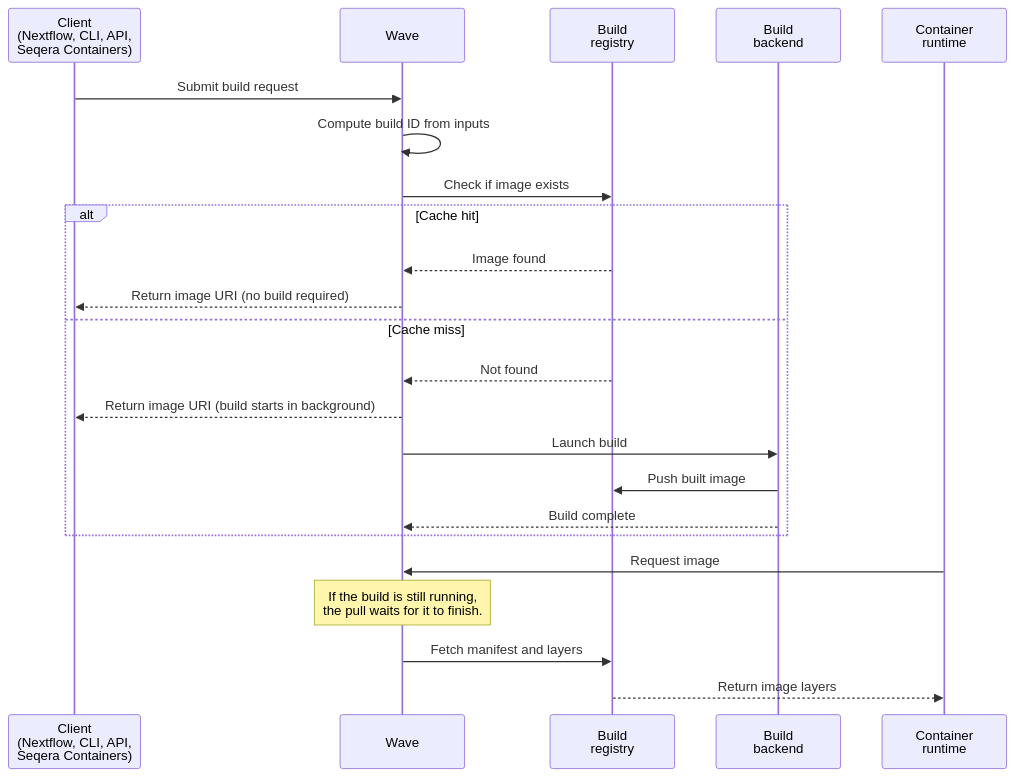
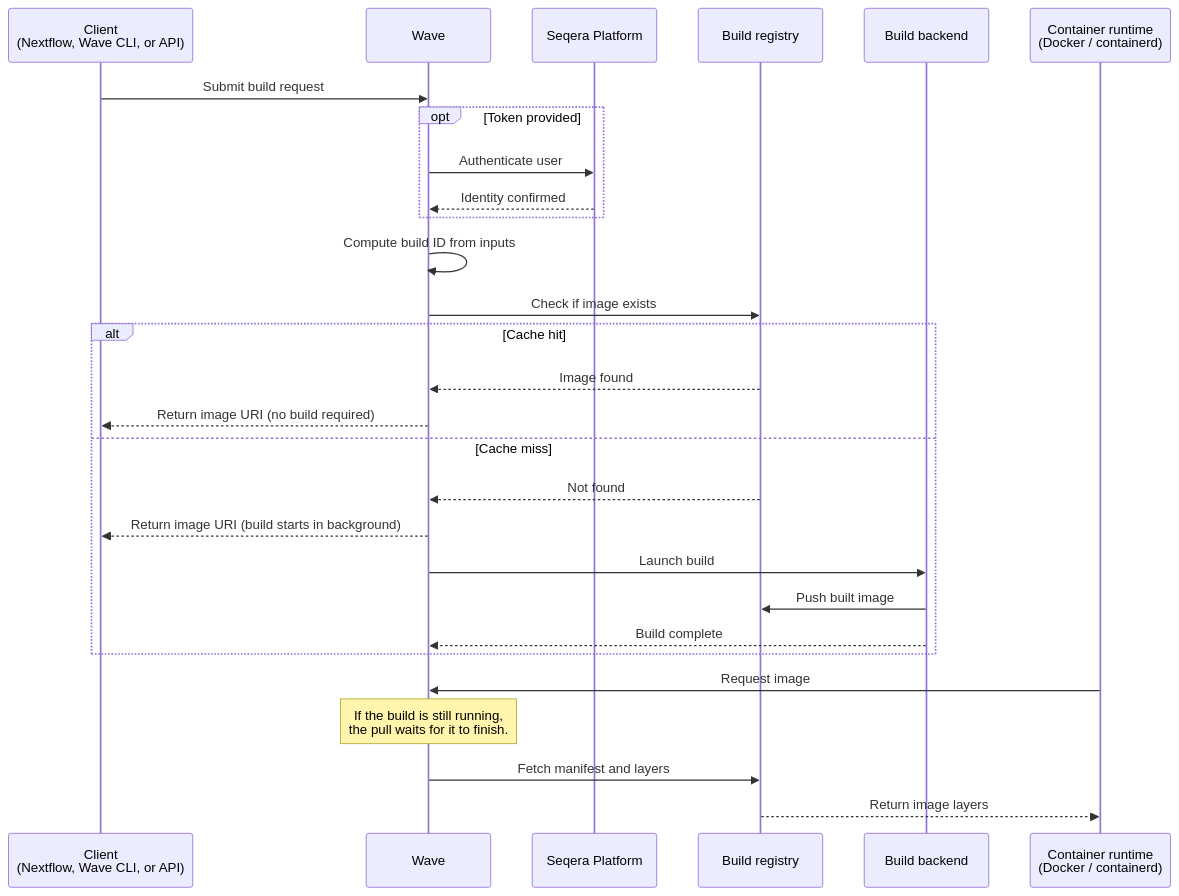
One commit to seqeralabs/wave changed the diagram in docs/features/container-builds.mdx. Above: the diagram before and after it, drawn with Mermaid. The commit also changed other lines of this file and 13 other files, not shown here.

````diff
--- a/docs/features/container-builds.mdx
+++ b/docs/features/container-builds.mdx
@@ -29,28 +30,33 @@
 ```mermaid
 sequenceDiagram
-    participant Client as Client<br/>(Nextflow, CLI, API,<br/>Seqera Containers)
+    participant Client as Client<br/>(Nextflow, Wave CLI, or API)
     participant Wave
-    participant Registry as Build<br/>registry
-    participant Builder as Build<br/>backend
-    participant Runtime as Container<br/>runtime
+    participant Platform as Seqera Platform
+    participant Registry as Build registry
+    participant Builder as Build backend
+    participant Runtime as Container runtime<br/>(Docker / containerd)
 
     Client->>Wave: Submit build request
+    opt Token provided
+        Wave->>Platform: Authenticate user
+        Platform-->>Wave: Identity confirmed
+    end
     Wave->>Wave: Compute build ID from inputs
     Wave->>Registry: Check if image exists
 
     alt Cache hit
         Registry-->>Wave: Image found
         Wave-->>Client: Return image URI (no build required)
     else Cache miss
         Registry-->>Wave: Not found
         Wave-->>Client: Return image URI (build starts in background)
         Wave->>Builder: Launch build
         Builder->>Registry: Push built image
         Builder-->>Wave: Build complete
     end
 
     Runtime->>Wave: Request image
     Note over Wave: If the build is still running,<br/>the pull waits for it to finish.
     Wave->>Registry: Fetch manifest and layers
     Registry-->>Runtime: Return image layers
 ```
````
